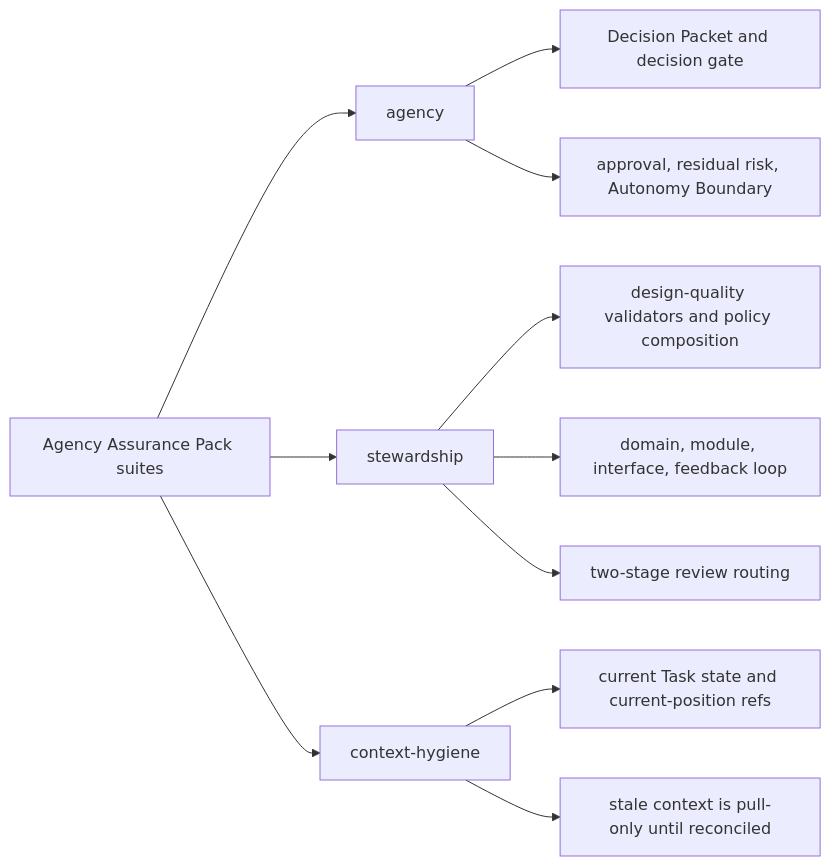
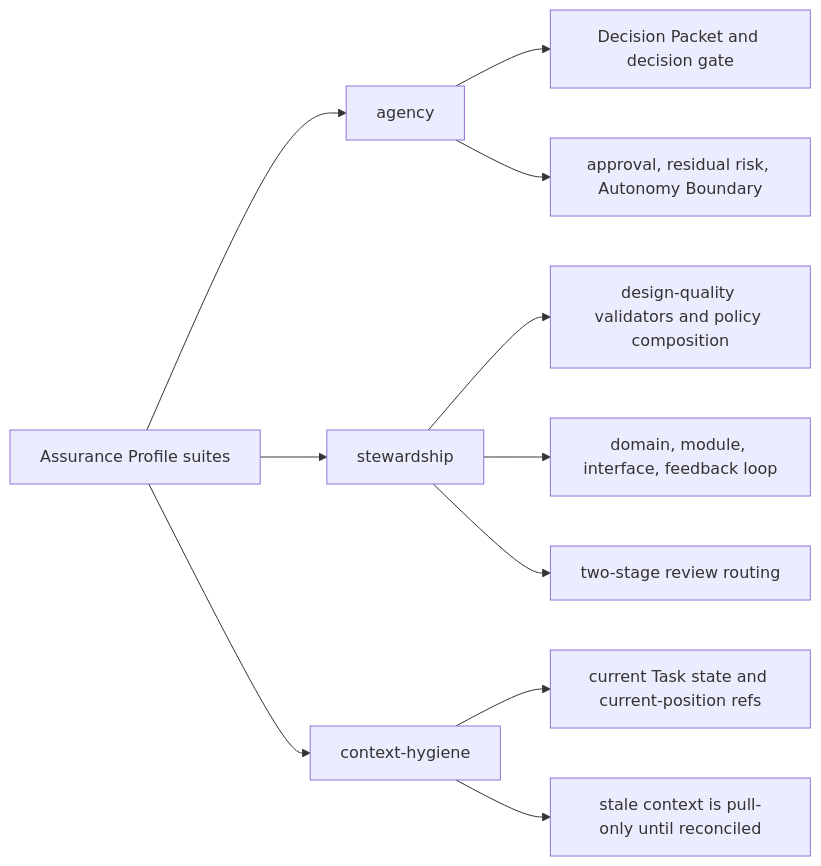
The diagram in docs/en/reference/future-fixture-catalog.md (minjungw00/Harness_Project), drawn with Mermaid before and after one commit. The commit also changed other lines of this file and 71 other files, not shown here.

````diff
--- a/docs/en/reference/future-fixture-catalog.md
+++ b/docs/en/reference/future-fixture-catalog.md
@@ -63,13 +63,13 @@
 ```mermaid
 flowchart LR
-  Suites["Agency Assurance Pack suites"] --> Agency["agency"]
+  Suites["Assurance Profile suites"] --> Agency["agency"]
   Suites --> Stewardship["stewardship"]
   Suites --> Context["context-hygiene"]
   Agency --> A1["Decision Packet and decision gate"]
   Agency --> A2["approval, residual risk, Autonomy Boundary"]
   Stewardship --> S1["design-quality validators and policy composition"]
   Stewardship --> S2["domain, module, interface, feedback loop"]
   Stewardship --> S3["two-stage review routing"]
   Context --> C1["current Task state and current-position refs"]
   Context --> C2["stale context is pull-only until reconciled"]
 ```
````
